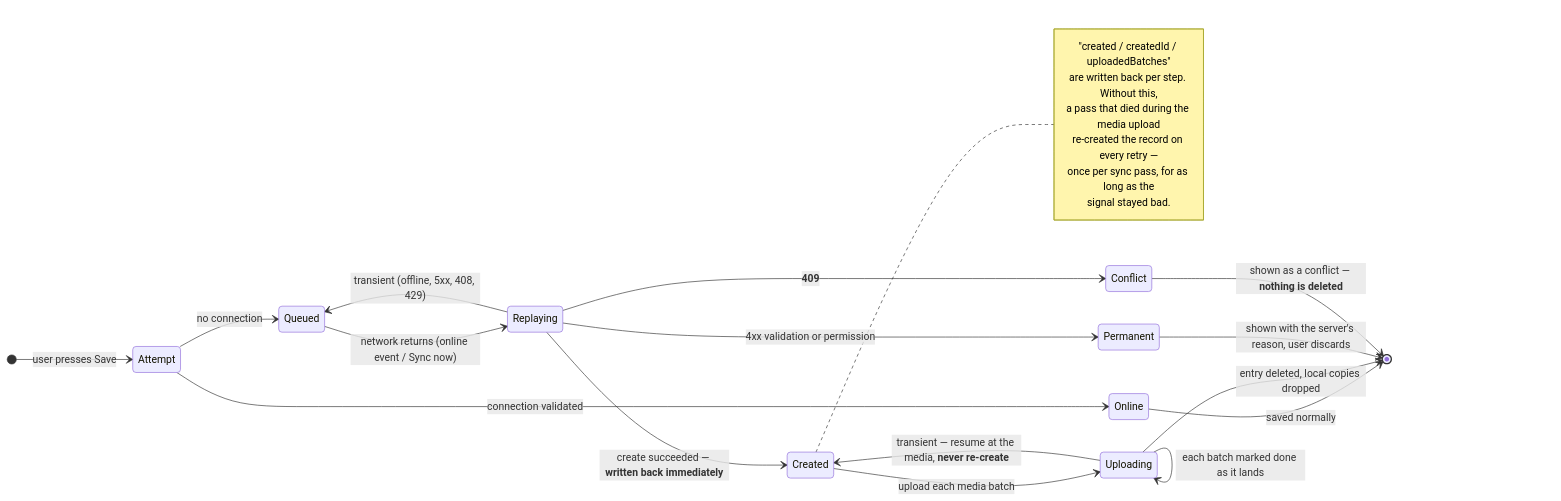
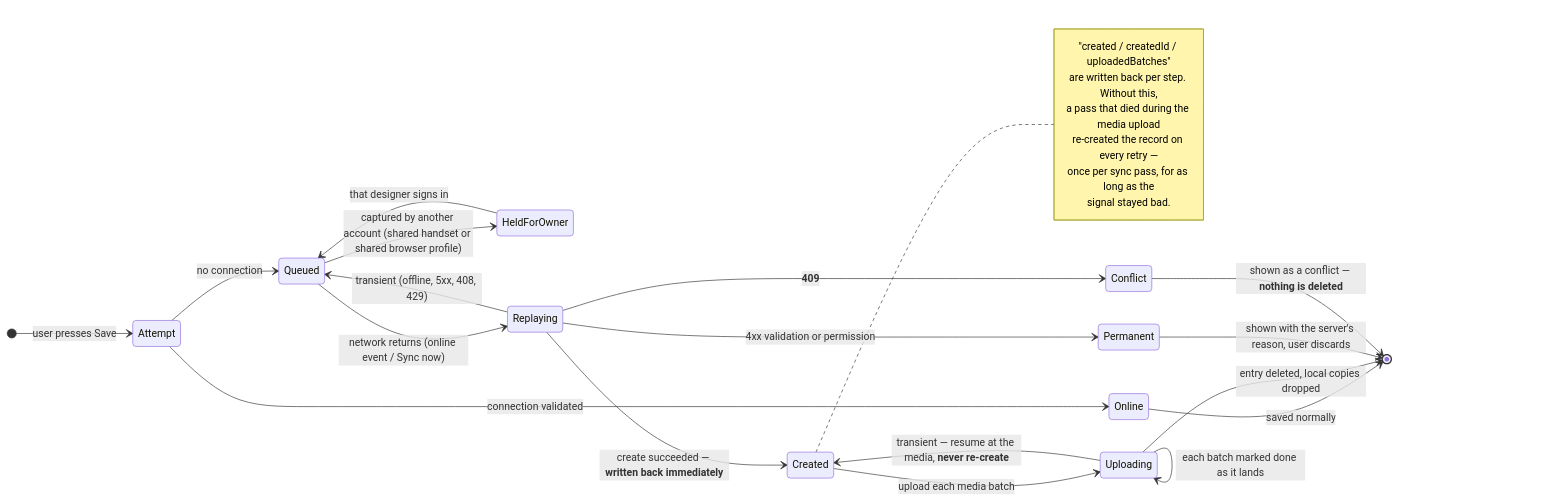
One commit to cxacraftecosystem-ui/designer-portal changed the ninth of 13 diagrams in docs/ARCHITECTURE.md. Above: the diagram before and after it, drawn with Mermaid. The commit also changed other lines of this file and 223 other files, not shown here.

````diff
--- a/docs/ARCHITECTURE.md
+++ b/docs/ARCHITECTURE.md
@@ -460,30 +474,33 @@
 ```mermaid
 stateDiagram-v2
   direction LR
   [*] --> Attempt: user presses Save
   Attempt --> Online: connection validated
   Attempt --> Queued: no connection
   Online --> [*]: saved normally
+
+  Queued --> HeldForOwner: captured by another account (shared handset or shared browser profile)
+  HeldForOwner --> Queued: that designer signs in
 
   Queued --> Replaying: network returns (online event / Sync now)
   Replaying --> Created: create succeeded — <b>written back immediately</b>
   Created --> Uploading: upload each media batch
   Uploading --> Uploading: each batch marked done as it lands
   Uploading --> [*]: entry deleted, local copies dropped
 
   Replaying --> Queued: transient (offline, 5xx, 408, 429)
   Uploading --> Created: transient — resume at the media, <b>never re-create</b>
   Replaying --> Permanent: 4xx validation or permission
   Replaying --> Conflict: <b>409</b>
   Permanent --> [*]: shown with the server's reason, user discards
   Conflict --> [*]: shown as a conflict — <b>nothing is deleted</b>
 
   note right of Created
     "created / createdId / uploadedBatches"
     are written back per step. Without this,
     a pass that died during the media upload
     re-created the record on every retry —
     once per sync pass, for as long as the
     signal stayed bad.
   end note
 ```
````
